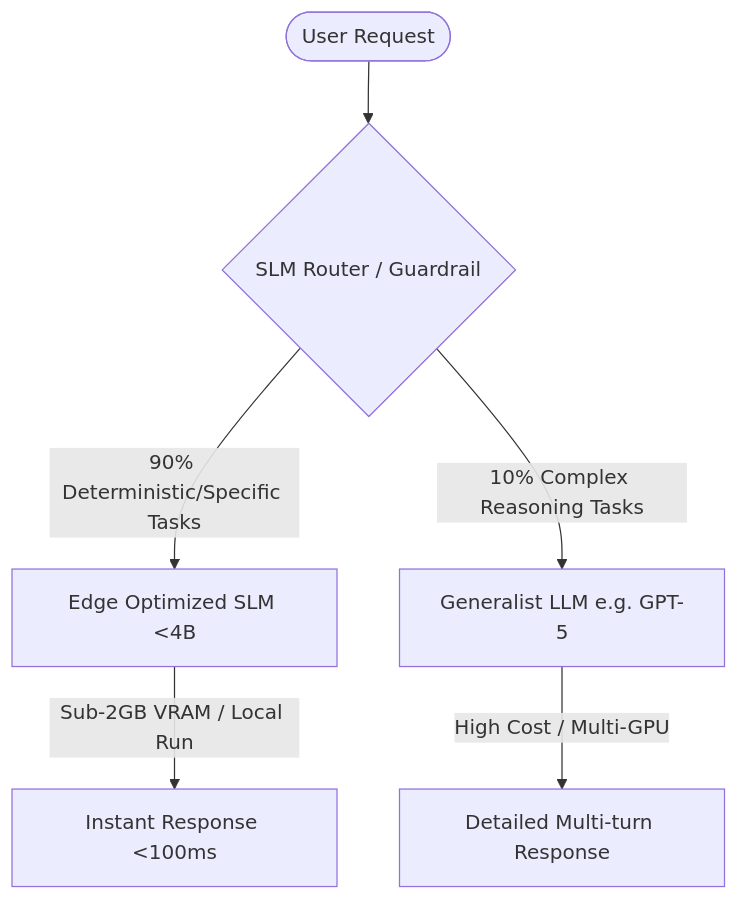
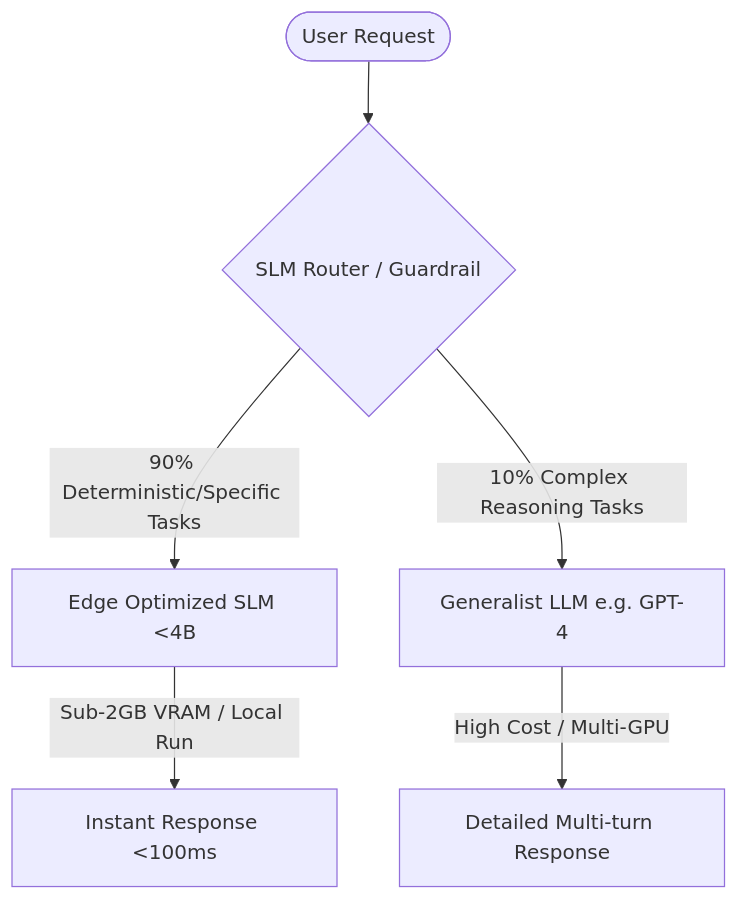
Before and after one commit to vfcarida/Small-Language-Models-SLMs-: the first of 2 diagrams in README.md, drawn with Mermaid. The commit also changed other lines of this file, not shown here.

````diff
--- a/README.md
+++ b/README.md
@@ -25,8 +38,8 @@
 ```mermaid
 graph TD
     User([User Request]) --> Router{SLM Router / Guardrail}
     Router -->|90% Deterministic/Specific Tasks| SLM[Edge Optimized SLM <4B]
-    Router -->|10% Complex Reasoning Tasks| LLM[Generalist LLM e.g. GPT-5]
+    Router -->|10% Complex Reasoning Tasks| LLM[Generalist LLM e.g. GPT-4]
     SLM -->|Sub-2GB VRAM / Local Run| OutputSLM[Instant Response <100ms]
     LLM -->|High Cost / Multi-GPU| OutputLLM[Detailed Multi-turn Response]
 ```
````
